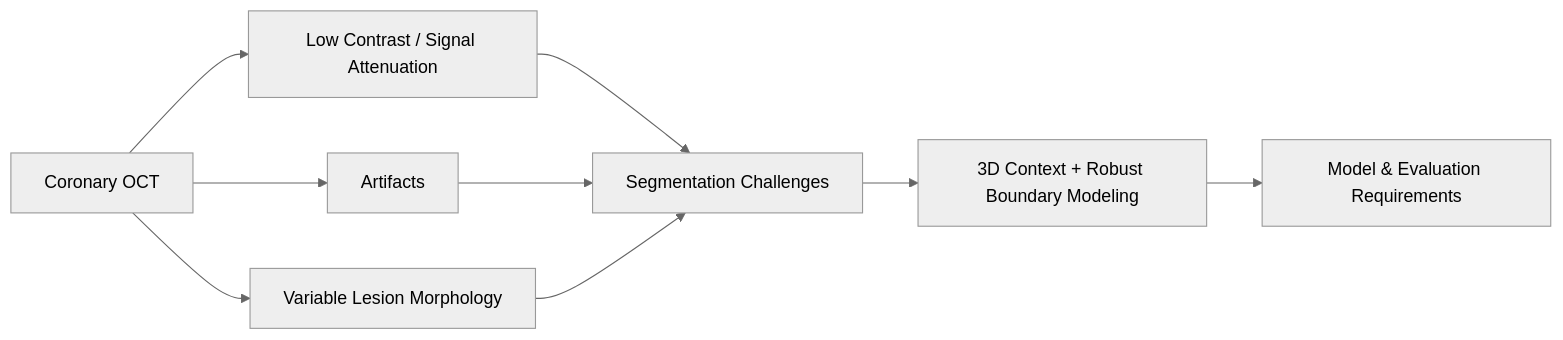
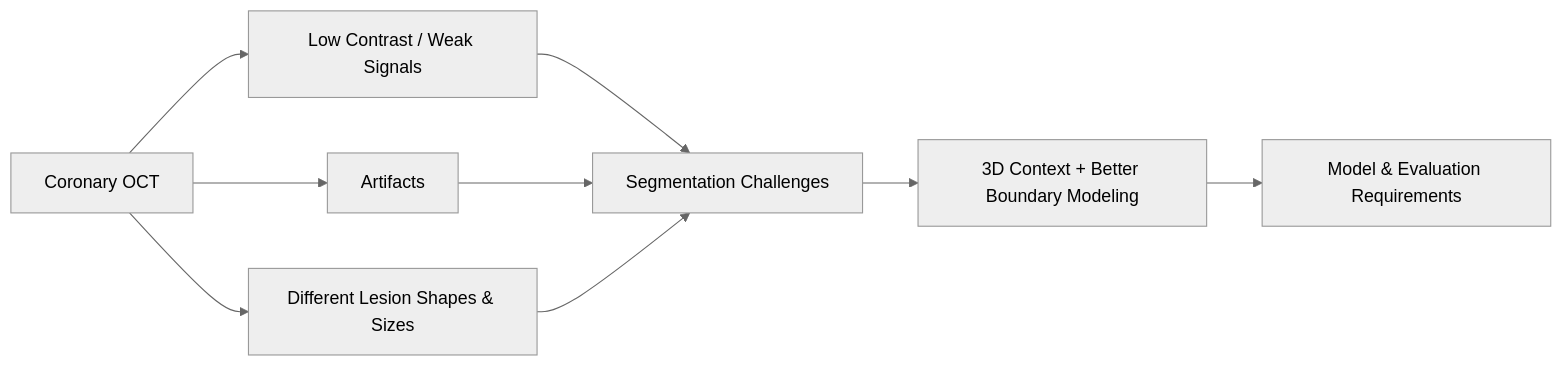
The first of 5 diagrams in README.md (ChengYuChing/3D-DLimage-segmentation), drawn with Mermaid (neutral theme) before and after one commit. The commit also changed other lines of this file, not shown here.

````diff
--- a/README.md
+++ b/README.md
@@ -43,11 +43,11 @@
 ```mermaid
 flowchart LR
-    A["Coronary OCT"] --> B["Low Contrast / Signal Attenuation"]
+    A["Coronary OCT"] --> B["Low Contrast / Weak Signals"]
     A --> C["Artifacts"]
-    A --> D["Variable Lesion Morphology"]
+    A --> D["Different Lesion Shapes & Sizes"]
     B --> E["Segmentation Challenges"]
     C --> E
     D --> E
-    E --> F["3D Context + Robust Boundary Modeling"]
+    E --> F["3D Context + Better Boundary Modeling"]
     F --> G["Model & Evaluation Requirements"]
 ```
````
